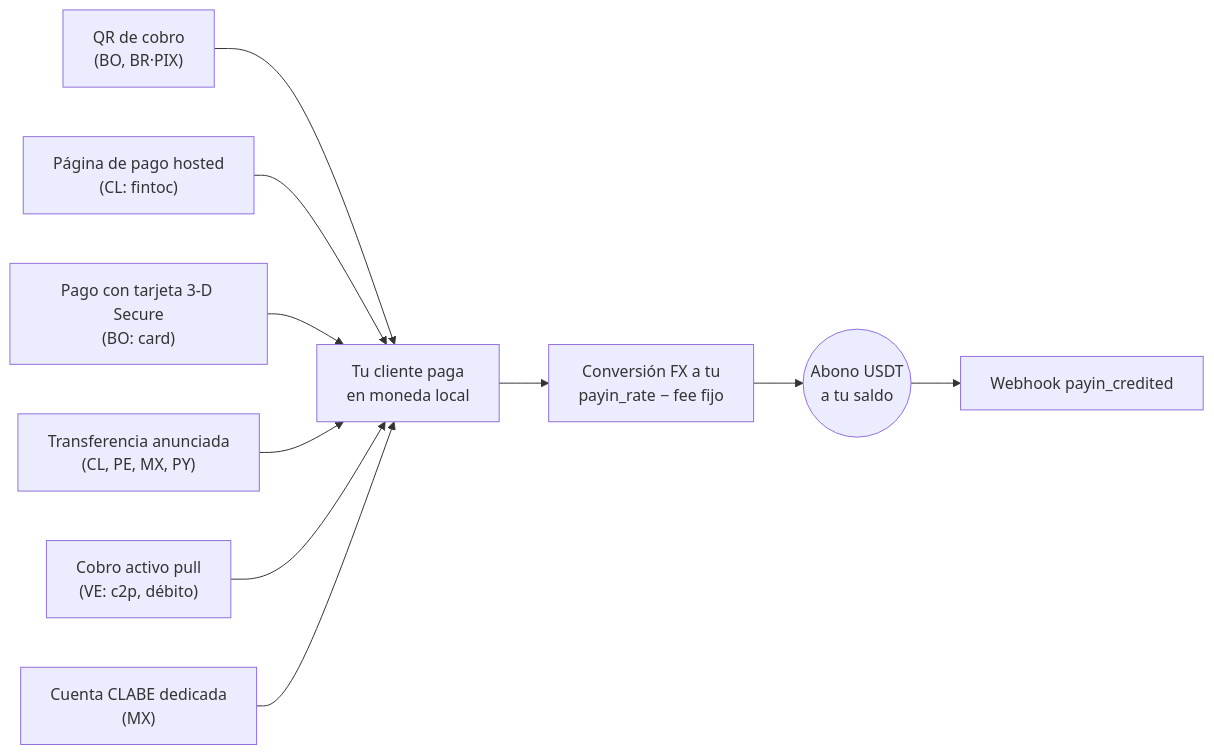
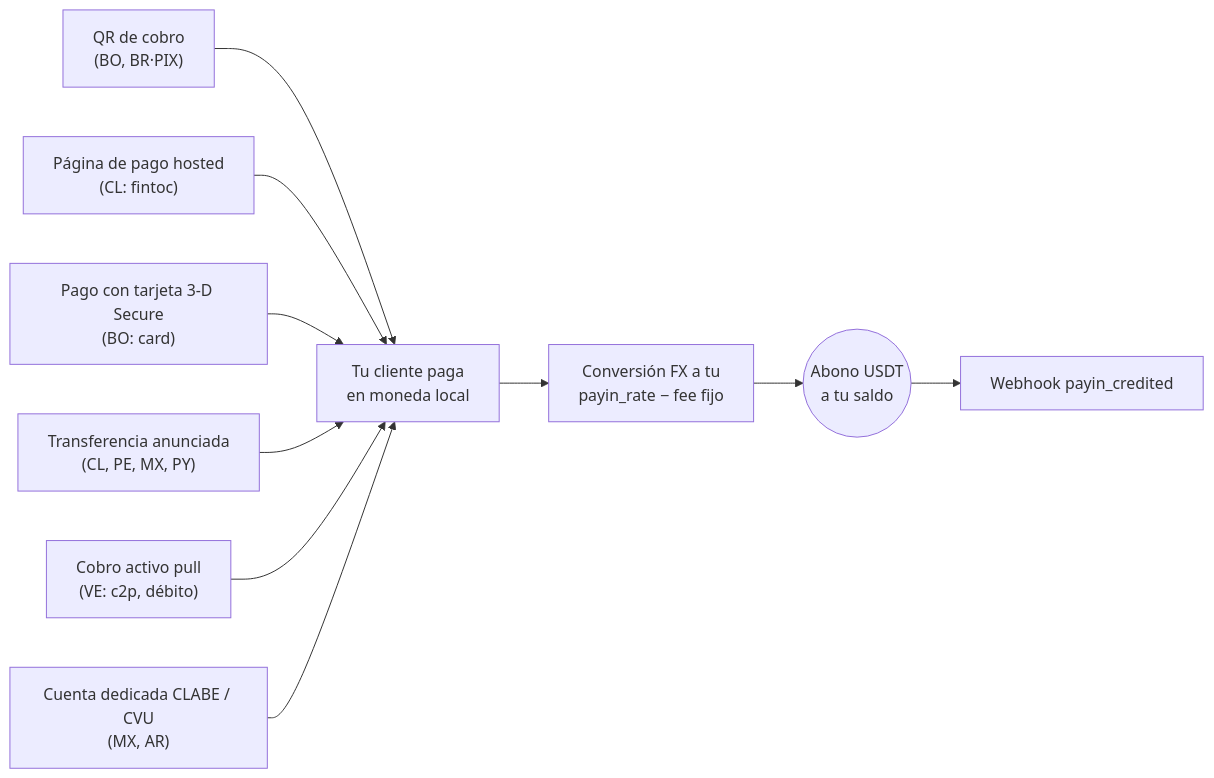
Before and after one commit to SaturoS17/docs: the first of 2 diagrams in es/guias/payins.mdx, drawn with Mermaid. The commit also changed other lines of this file and 19 other files, not shown here.

````diff
--- a/es/guias/payins.mdx
+++ b/es/guias/payins.mdx
@@ -15,12 +15,12 @@
 ```mermaid
 flowchart LR
     qr["QR de cobro<br/>(BO, BR·PIX)"] --> pago["Tu cliente paga<br/>en moneda local"]
     hosted["Página de pago hosted<br/>(CL: fintoc)"] --> pago
     card["Pago con tarjeta 3-D Secure<br/>(BO: card)"] --> pago
     anunciada["Transferencia anunciada<br/>(CL, PE, MX, PY)"] --> pago
     pull["Cobro activo pull<br/>(VE: c2p, débito)"] --> pago
-    clabe["Cuenta CLABE dedicada<br/>(MX)"] --> pago
+    clabe["Cuenta dedicada CLABE / CVU<br/>(MX, AR)"] --> pago
     pago --> conv["Conversión FX a tu<br/>payin_rate − fee fijo"]
     conv --> credito(("Abono USDT<br/>a tu saldo"))
     credito --> wh["Webhook payin_credited"]
 ```
````
